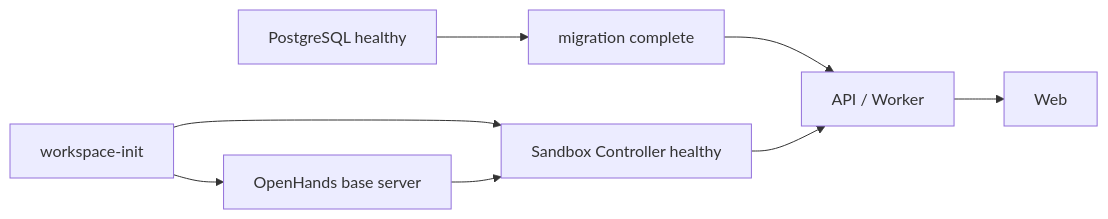
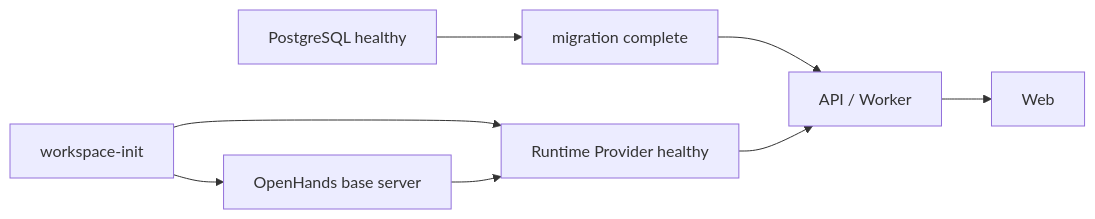
The ninth of 10 diagrams in docs/system-design.md (ZME7777777/FlowWeave), drawn with Mermaid before and after one commit. The commit also changed other lines of this file and 24 other files, not shown here.

Commit message:
feat(runtime): complete FR-03 runtime provider ownership

````diff
--- a/docs/system-design.md
+++ b/docs/system-design.md
@@ -424,10 +424,10 @@
 ```mermaid
 flowchart LR
   I["workspace-init"] --> O["OpenHands base server"]
   P["PostgreSQL healthy"] --> M["migration complete"]
-  I --> C["Sandbox Controller healthy"]
+  I --> C["Runtime Provider healthy"]
   O --> C
   M --> A["API / Worker"]
   C --> A
   A --> W["Web"]
 ```
````
